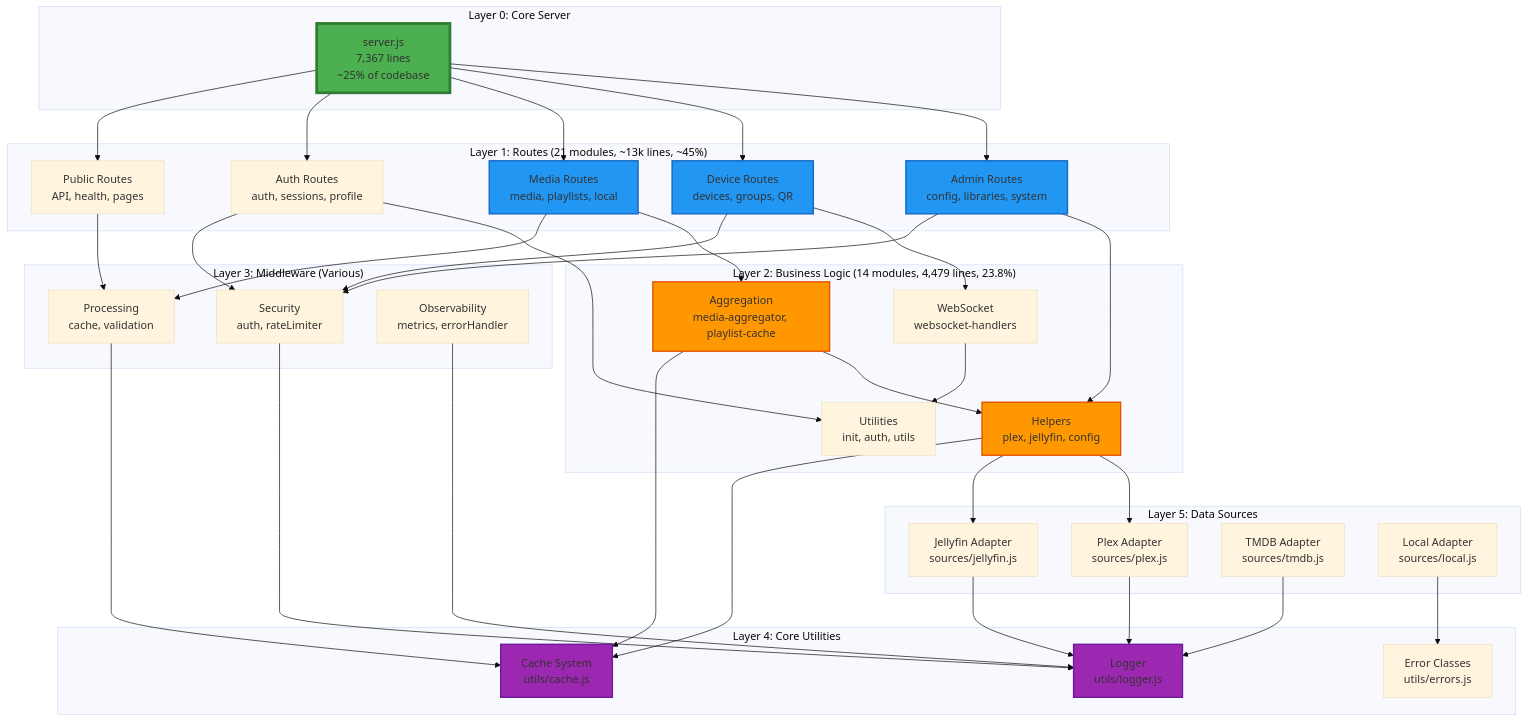
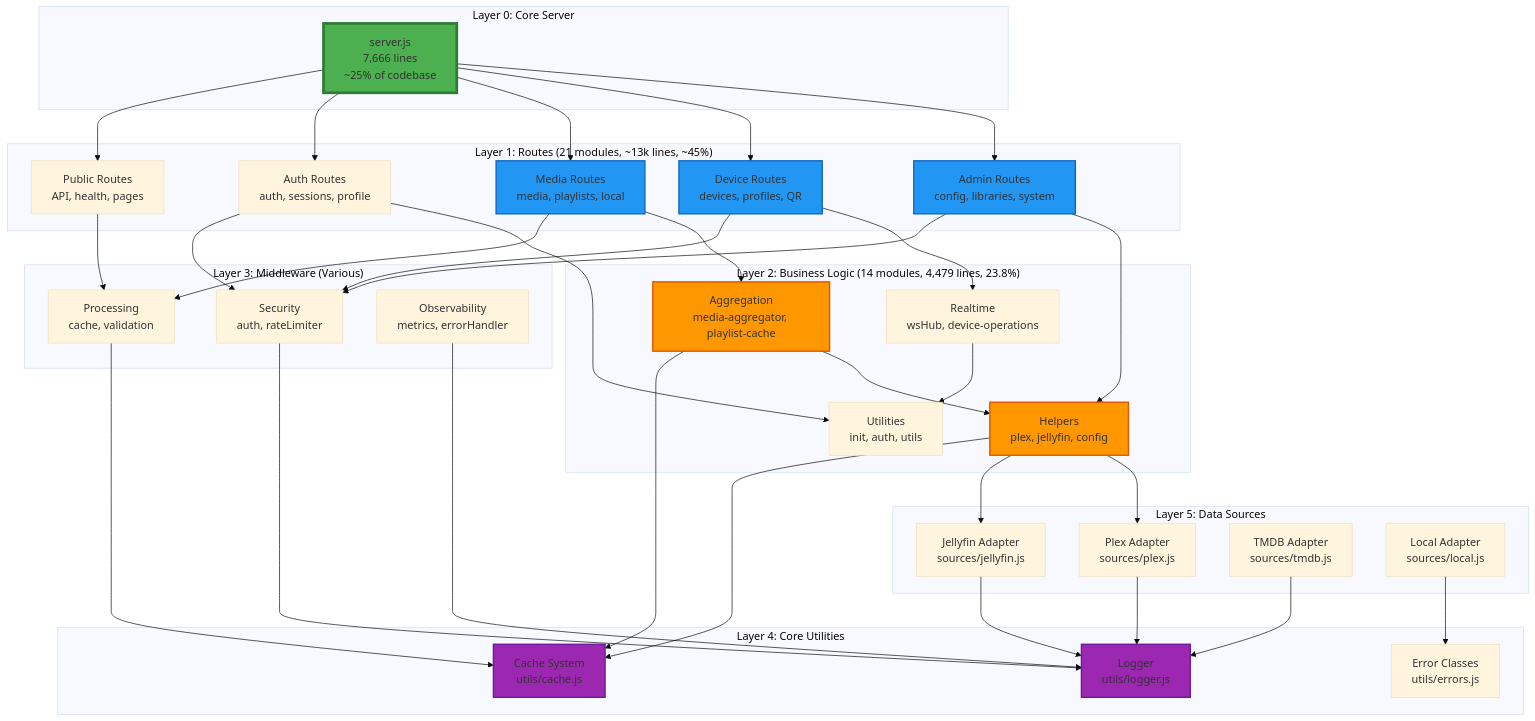
The fifth of 11 diagrams in docs/ARCHITECTURE-DIAGRAMS.md (Posterrama/posterrama), drawn with Mermaid (base theme) before and after one commit. The commit also changed other lines of this file and 14 other files, not shown here.

````diff
--- a/docs/ARCHITECTURE-DIAGRAMS.md
+++ b/docs/ARCHITECTURE-DIAGRAMS.md
@@ -286,82 +284,82 @@
 ```mermaid
 graph TB
  subgraph "Layer 0: Core Server"
- L0[server.js<br/>7,367 lines<br/>~25% of codebase]
+ L0[server.js<br/>7,666 lines<br/>~25% of codebase]
  end
 
  subgraph "Layer 1: Routes (21 modules, ~13k lines, ~45%)"
  L1A[Admin Routes<br/>config, libraries, system]
- L1B[Device Routes<br/>devices, groups, QR]
+ L1B[Device Routes<br/>devices, profiles, QR]
  L1C[Media Routes<br/>media, playlists, local]
  L1D[Auth Routes<br/>auth, sessions, profile]
  L1E[Public Routes<br/>API, health, pages]
  end
 
  subgraph "Layer 2: Business Logic (14 modules, 4,479 lines, 23.8%)"
  L2A[Helpers<br/>plex, jellyfin, config]
  L2B[Aggregation<br/>media-aggregator, playlist-cache]
- L2C[WebSocket<br/>websocket-handlers]
+ L2C[Realtime<br/>wsHub, device-operations]
  L2D[Utilities<br/>init, auth, utils]
  end
 
  subgraph "Layer 3: Middleware (Various)"
  L3A[Security<br/>auth, rateLimiter]
  L3B[Processing<br/>cache, validation]
  L3C[Observability<br/>metrics, errorHandler]
  end
 
  subgraph "Layer 4: Core Utilities"
  L4A[Cache System<br/>utils/cache.js]
  L4B[Logger<br/>utils/logger.js]
  L4C[Error Classes<br/>utils/errors.js]
  end
 
  subgraph "Layer 5: Data Sources"
  L5A[Plex Adapter<br/>sources/plex.js]
  L5B[Jellyfin Adapter<br/>sources/jellyfin.js]
  L5C[TMDB Adapter<br/>sources/tmdb.js]
  L5D[Local Adapter<br/>sources/local.js]
  end
 
  L0 --> L1A
  L0 --> L1B
  L0 --> L1C
  L0 --> L1D
  L0 --> L1E
 
  L1A --> L2A
  L1B --> L2C
  L1C --> L2B
  L1D --> L2D
 
  L2A --> L5A
  L2A --> L5B
  L2B --> L2A
  L2C --> L2D
 
  L1A --> L3A
  L1B --> L3A
  L1C --> L3B
  L1D --> L3A
  L1E --> L3B
 
  L3A --> L4B
  L3B --> L4A
  L3C --> L4B
 
  L2A --> L4A
  L2B --> L4A
  L5A --> L4B
  L5B --> L4B
  L5C --> L4B
  L5D --> L4C
 
  style L0 fill:#4CAF50,stroke:#2E7D32,stroke-width:4px
  style L1A fill:#2196F3,stroke:#1565C0,stroke-width:2px
  style L1B fill:#2196F3,stroke:#1565C0,stroke-width:2px
  style L1C fill:#2196F3,stroke:#1565C0,stroke-width:2px
  style L2A fill:#FF9800,stroke:#E65100,stroke-width:2px
  style L2B fill:#FF9800,stroke:#E65100,stroke-width:2px
  style L4A fill:#9C27B0,stroke:#6A1B9A,stroke-width:2px
  style L4B fill:#9C27B0,stroke:#6A1B9A,stroke-width:2px
 ```
````
